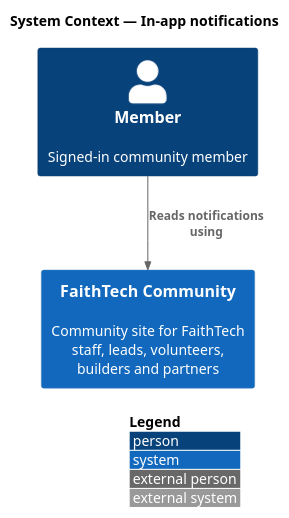
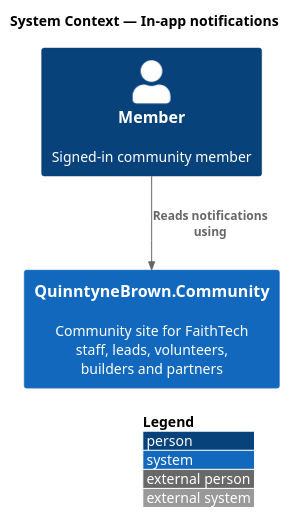
The diagram in docs/detailed-designs/notifications/in-app-notifications/diagrams/c4-context.puml (QuinntyneBrown/quinntyne-brown), drawn with PlantUML before and after one commit. The commit also changed 1957 other files, not shown here.

First line of the commit message:
Rebrand to QuinntyneBrown.Community

```diff
--- a/docs/detailed-designs/notifications/in-app-notifications/diagrams/c4-context.puml
+++ b/docs/detailed-designs/notifications/in-app-notifications/diagrams/c4-context.puml
@@ -1,8 +1,8 @@
 @startuml
 !include <C4/C4_Context>
 LAYOUT_WITH_LEGEND()
 title System Context — In-app notifications
 Person(member, "Member", "Signed-in community member")
-System(ftc, "FaithTech Community", "Community site for FaithTech staff, leads, volunteers, builders and partners")
+System(ftc, "QuinntyneBrown.Community", "Community site for FaithTech staff, leads, volunteers, builders and partners")
 Rel(member, ftc, "Reads notifications using")
 @enduml
```
